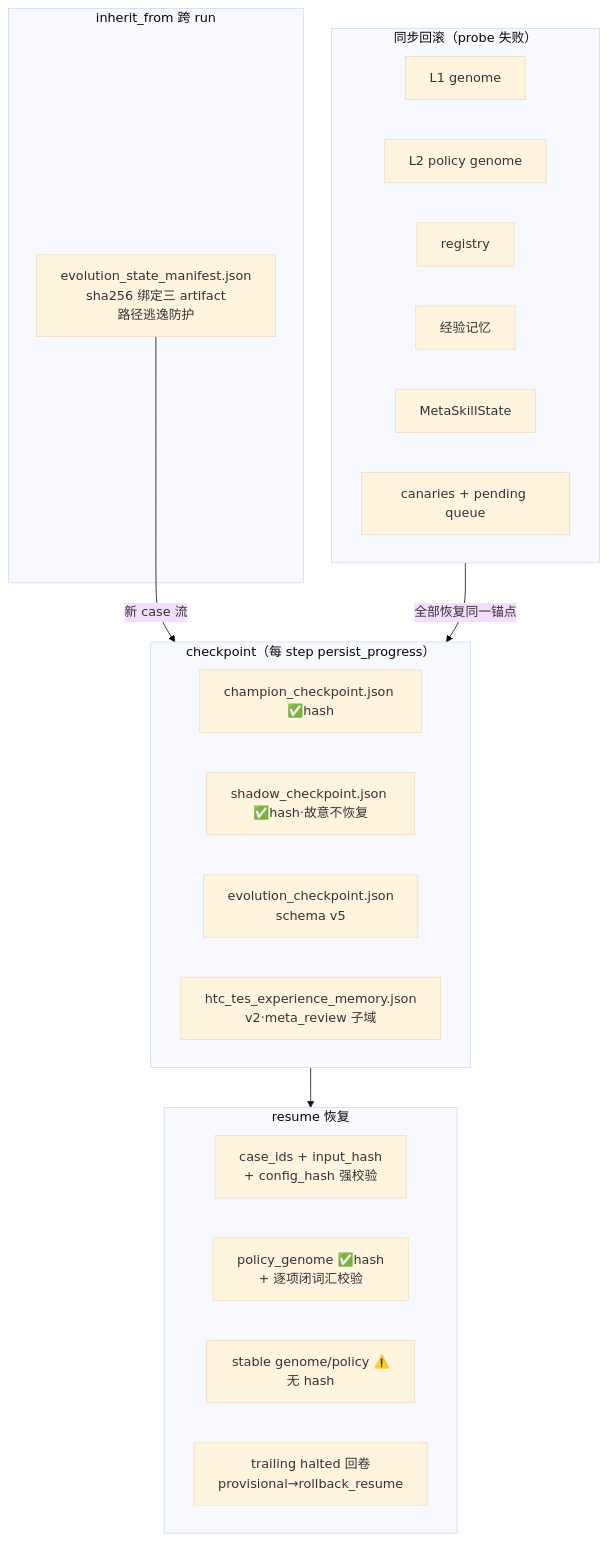
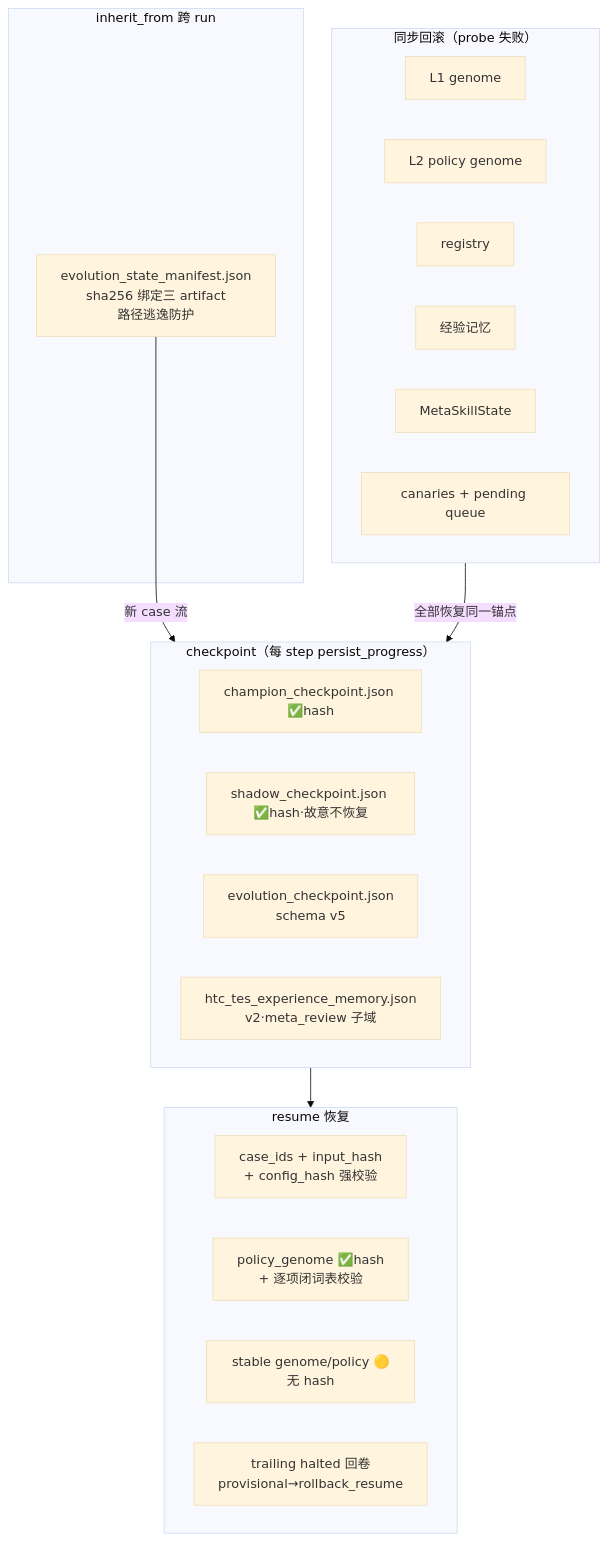
The seventh of 8 diagrams in docs/technical/SEHD_V6_FRAMEWORK_VISUAL.md (liuxinglin70-cmyk/Agent-Hallucination), drawn with Mermaid (base theme) before and after one commit. The commit also changed other lines of this file and 1 other file, not shown here.

````diff
--- a/docs/technical/SEHD_V6_FRAMEWORK_VISUAL.md
+++ b/docs/technical/SEHD_V6_FRAMEWORK_VISUAL.md
@@ -216,33 +203,33 @@
 ```mermaid
 flowchart TB
     subgraph CKPT["checkpoint（每 step persist_progress）"]
         C1[champion_checkpoint.json ✅hash]
         C2[shadow_checkpoint.json ✅hash·故意不恢复]
         C3[evolution_checkpoint.json<br/>schema v5]
         C4[htc_tes_experience_memory.json<br/>v2·meta_review 子域]
     end
 
     subgraph RESTORE["resume 恢复"]
         R1[case_ids + input_hash<br/>+ config_hash 强校验]
-        R2[policy_genome ✅hash<br/>+ 逐项闭词汇校验]
-        R3[stable genome/policy ⚠️无 hash]
+        R2[policy_genome ✅hash<br/>+ 逐项闭词表校验]
+        R3[stable genome/policy 🟡无 hash]
         R4[trailing halted 回卷<br/>provisional→rollback_resume]
     end
 
     subgraph INHERIT["inherit_from 跨 run"]
         I1[evolution_state_manifest.json<br/>sha256 绑定三 artifact<br/>路径逃逸防护]
     end
 
     subgraph ROLLBACK["同步回滚（probe 失败）"]
-        RB1[L1 genome] 
+        RB1[L1 genome]
         RB2[L2 policy genome]
         RB3[registry]
         RB4[经验记忆]
         RB5[MetaSkillState]
         RB6[canaries + pending queue]
     end
 
     CKPT --> RESTORE
     I1 -->|新 case 流| CKPT
     ROLLBACK -->|全部恢复同一锚点| CKPT
 ```
````
